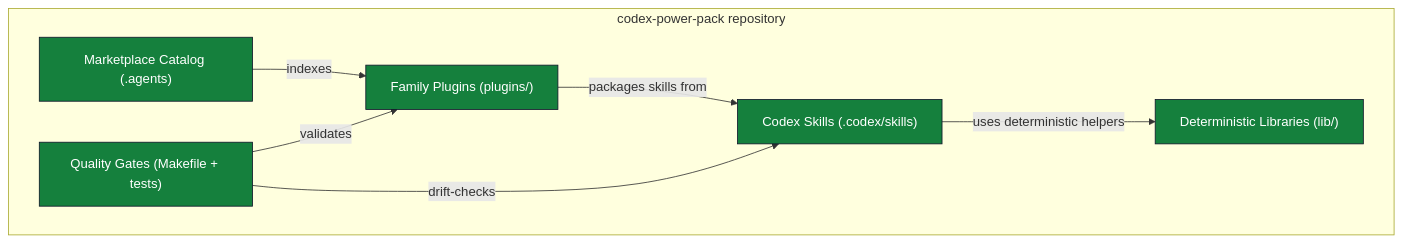
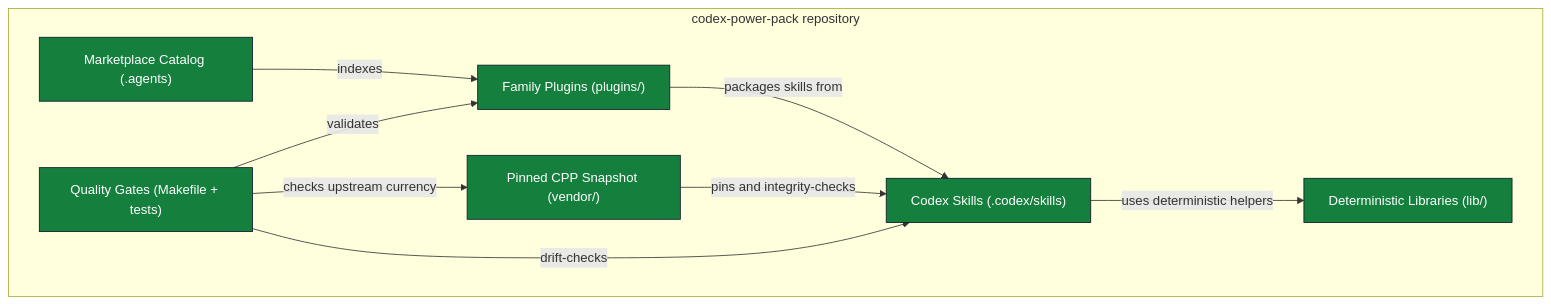
One commit to cooneycw/codex-power-pack changed the second of 4 diagrams in docs/architecture/index.md. Above: the diagram before and after it, drawn with Mermaid. The commit also changed other lines of this file and 102 other files, not shown here.

Commit message:
fix(flow): make vendored helpers installation-aware (Closes #139) (#141)

````diff
--- a/docs/architecture/index.md
+++ b/docs/architecture/index.md
@@ -29,16 +31,19 @@
 ```mermaid
 flowchart TB
   subgraph repo["codex-power-pack repository"]
     marketplace_catalog["Marketplace Catalog (.agents)"]:::container
     family_plugins["Family Plugins (plugins/)"]:::container
     codex_skills["Codex Skills (.codex/skills)"]:::container
+    vendor_snapshot["Pinned CPP Snapshot (vendor/)"]:::container
     runtime_libraries["Deterministic Libraries (lib/)"]:::container
     quality_gates["Quality Gates (Makefile + tests)"]:::container
   end
   marketplace_catalog -->|"indexes"| family_plugins
   family_plugins -->|"packages skills from"| codex_skills
+  vendor_snapshot -->|"pins and integrity-checks"| codex_skills
   codex_skills -->|"uses deterministic helpers"| runtime_libraries
   quality_gates -->|"validates"| family_plugins
   quality_gates -->|"drift-checks"| codex_skills
+  quality_gates -->|"checks upstream currency"| vendor_snapshot
   classDef container fill:#15803d,color:#ffffff,stroke:#0f172a
 ```
````
